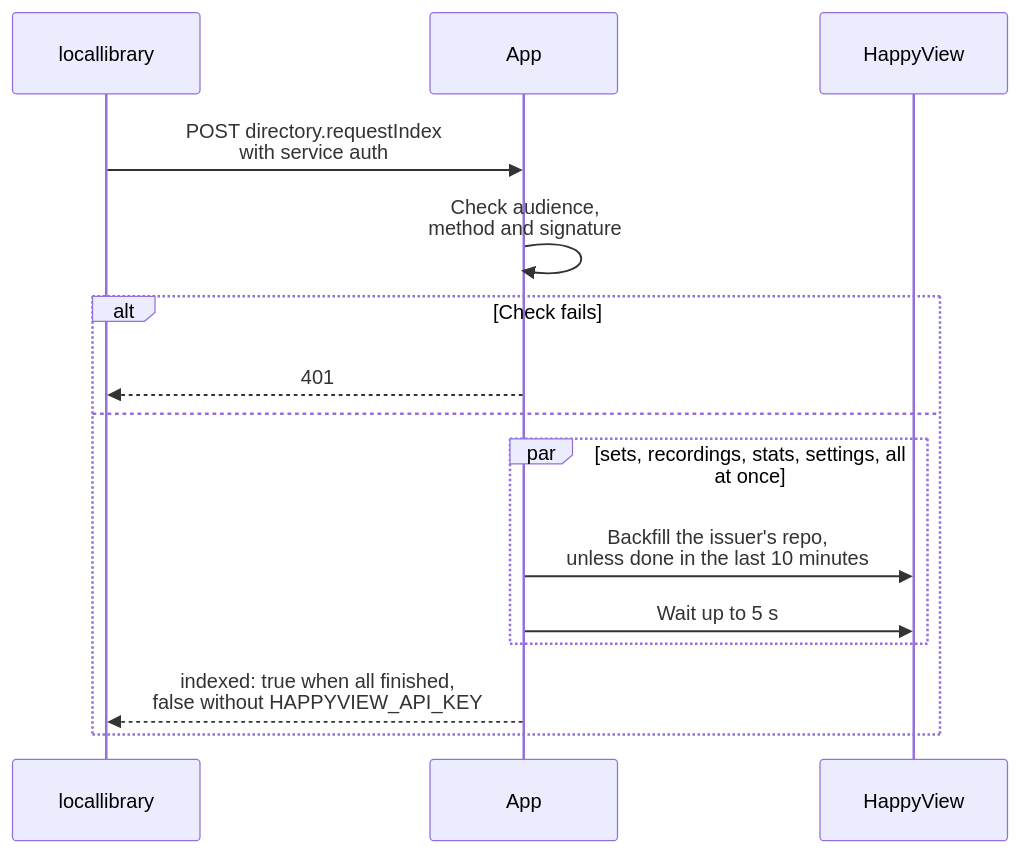
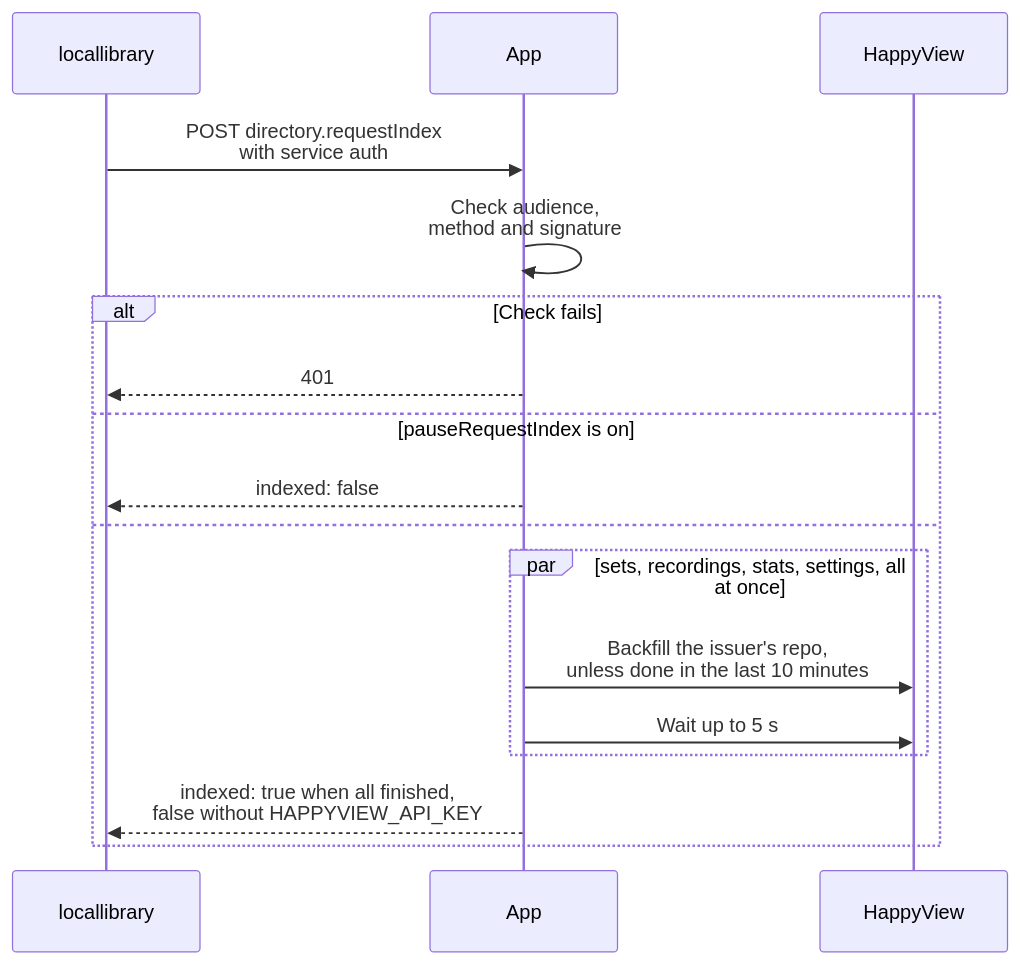
The fifth of 7 diagrams in apps/web/docs/diagrams/jobs-and-directory.md (cutenode/localnetwork), drawn with Mermaid before and after one commit. The commit also changed other lines of this file and 40 other files, not shown here.

````diff
--- a/apps/web/docs/diagrams/jobs-and-directory.md
+++ b/apps/web/docs/diagrams/jobs-and-directory.md
@@ -101,17 +101,19 @@
 ```mermaid
 sequenceDiagram
   participant L as locallibrary
   participant A as App
   participant H as HappyView
   L->>A: POST directory.requestIndex<br/>with service auth
   A->>A: Check audience,<br/>method and signature
   alt Check fails
     A-->>L: 401
+  else pauseRequestIndex is on
+    A-->>L: indexed: false
   else
     par sets, recordings, stats, settings, all at once
       A->>H: Backfill the issuer's repo,<br/>unless done in the last 10 minutes
       A->>H: Wait up to 5 s
     end
     A-->>L: indexed: true when all finished,<br/>false without HAPPYVIEW_API_KEY
   end
 ```
````
